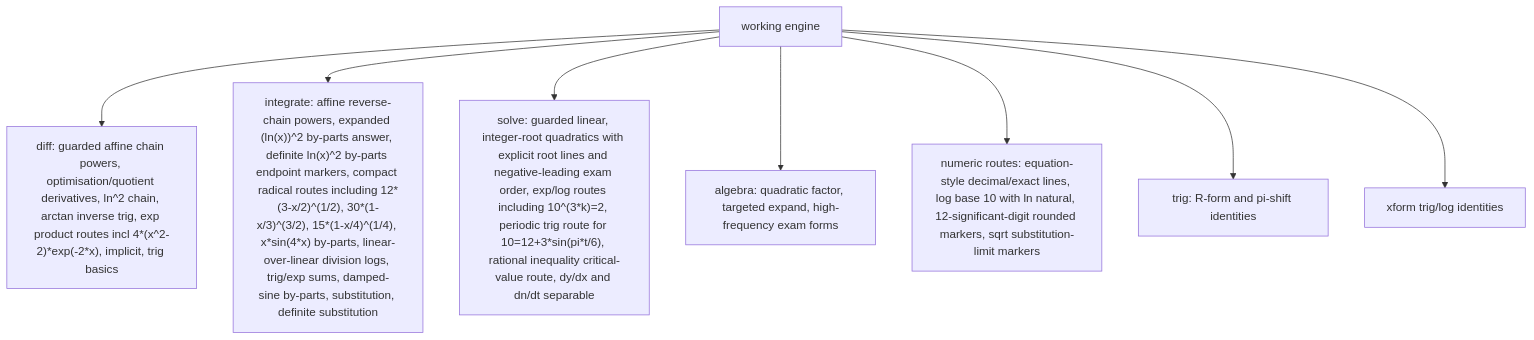
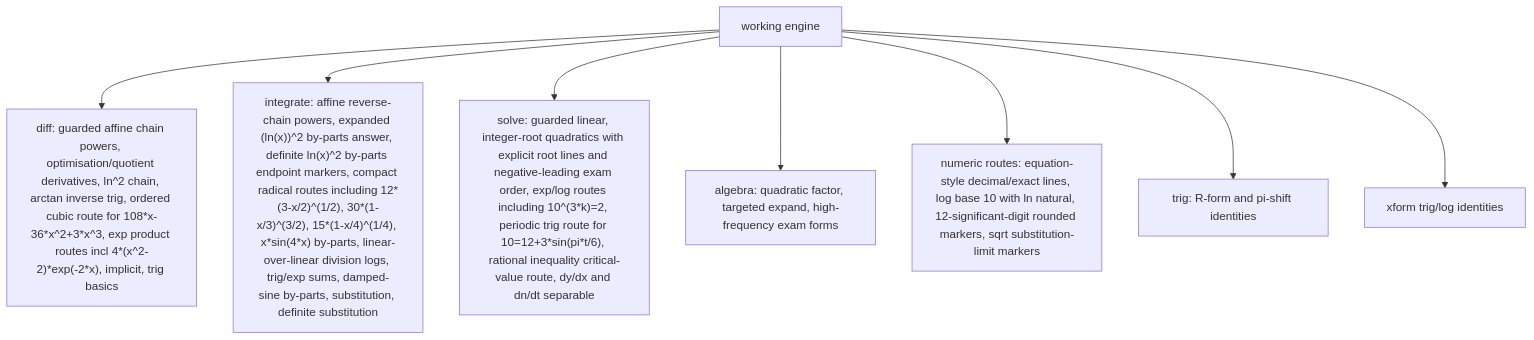
The third of 6 diagrams in docs/GRAPH.md (james8464/notes-addin-casio-fx-cg50), drawn with Mermaid before and after one commit. The commit also changed other lines of this file and 4 other files, not shown here.

Commit message:
fix ordered cubic derivative output

````diff
--- a/docs/GRAPH.md
+++ b/docs/GRAPH.md
@@ -36,10 +36,10 @@
 ```mermaid
 graph TD
-  Work["working engine"] --> Diff["diff: guarded affine chain powers, optimisation/quotient derivatives, ln^2 chain, arctan inverse trig, exp product routes incl 4*(x^2-2)*exp(-2*x), implicit, trig basics"]
+  Work["working engine"] --> Diff["diff: guarded affine chain powers, optimisation/quotient derivatives, ln^2 chain, arctan inverse trig, ordered cubic route for 108*x-36*x^2+3*x^3, exp product routes incl 4*(x^2-2)*exp(-2*x), implicit, trig basics"]
   Work --> Int["integrate: affine reverse-chain powers, expanded (ln(x))^2 by-parts answer, definite ln(x)^2 by-parts endpoint markers, compact radical routes including 12*(3-x/2)^(1/2), 30*(1-x/3)^(3/2), 15*(1-x/4)^(1/4), x*sin(4*x) by-parts, linear-over-linear division logs, trig/exp sums, damped-sine by-parts, substitution, definite substitution"]
   Work --> Solve["solve: guarded linear, integer-root quadratics with explicit root lines and negative-leading exam order, exp/log routes including 10^(3*k)=2, periodic trig route for 10=12+3*sin(pi*t/6), rational inequality critical-value route, dy/dx and dn/dt separable"]
   Work --> Alg["algebra: quadratic factor, targeted expand, high-frequency exam forms"]
   Work --> Num["numeric routes: equation-style decimal/exact lines, log base 10 with ln natural, 12-significant-digit rounded markers, sqrt substitution-limit markers"]
   Work --> Trig["trig: R-form and pi-shift identities"]
   Work --> Xform["xform trig/log identities"]
 ```
````
